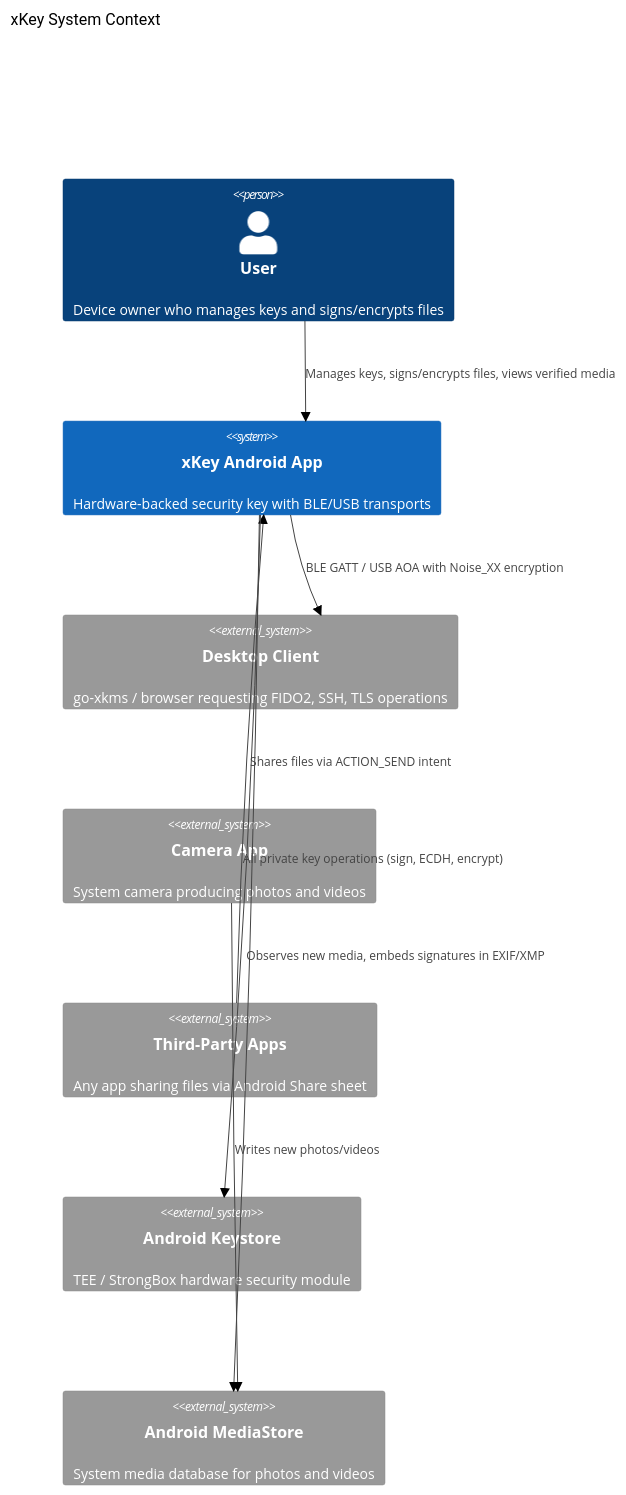
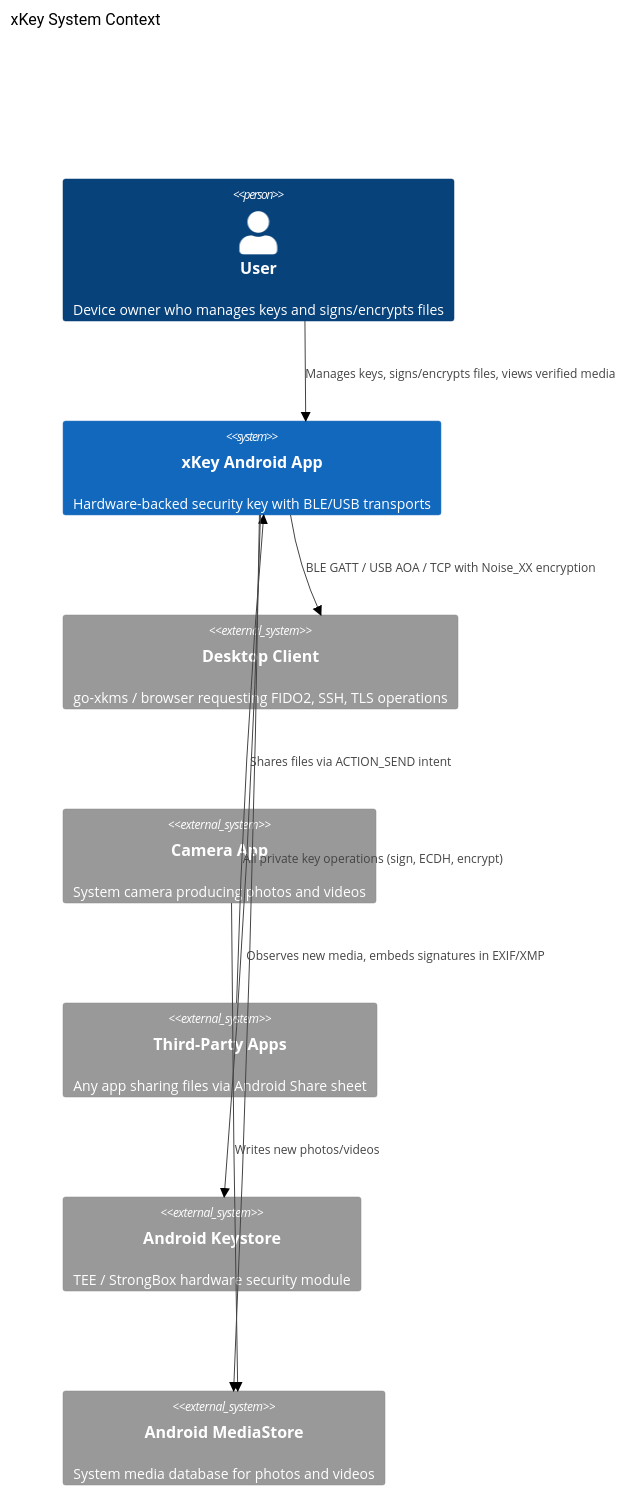
One commit to jeremyhahn/xkey-android changed the fifth of 9 diagrams in docs/hardware-backed-keys/architecture.md. Above: the diagram before and after it, drawn with Mermaid (neutral theme). The commit also changed other lines of this file and 39 other files, not shown here.

````diff
--- a/docs/hardware-backed-keys/architecture.md
+++ b/docs/hardware-backed-keys/architecture.md
@@ -251,21 +317,21 @@
 ```mermaid
 C4Context
     title xKey System Context
 
     Person(user, "User", "Device owner who manages keys and signs/encrypts files")
 
     System(xkey, "xKey Android App", "Hardware-backed security key with BLE/USB transports")
 
     System_Ext(desktop, "Desktop Client", "go-xkms / browser requesting FIDO2, SSH, TLS operations")
     System_Ext(camera, "Camera App", "System camera producing photos and videos")
     System_Ext(apps, "Third-Party Apps", "Any app sharing files via Android Share sheet")
     System_Ext(keystore, "Android Keystore", "TEE / StrongBox hardware security module")
     System_Ext(mediastore, "Android MediaStore", "System media database for photos and videos")
 
     Rel(user, xkey, "Manages keys, signs/encrypts files, views verified media")
-    Rel(xkey, desktop, "BLE GATT / USB AOA with Noise_XX encryption")
+    Rel(xkey, desktop, "BLE GATT / USB AOA / TCP with Noise_XX encryption")
     Rel(camera, mediastore, "Writes new photos/videos")
     Rel(xkey, mediastore, "Observes new media, embeds signatures in EXIF/XMP")
     Rel(apps, xkey, "Shares files via ACTION_SEND intent")
     Rel(xkey, keystore, "All private key operations (sign, ECDH, encrypt)")
 ```
````
